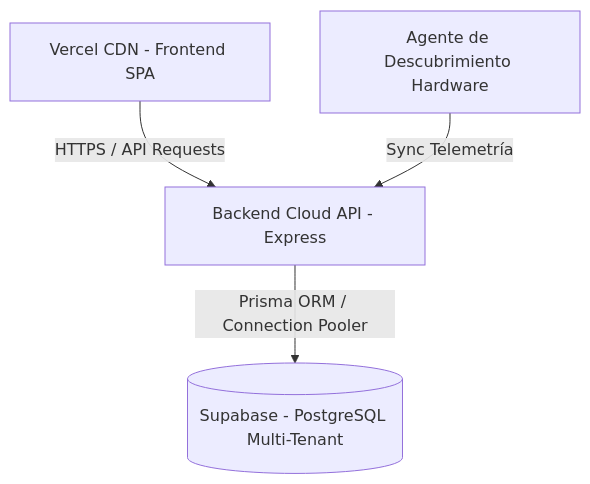
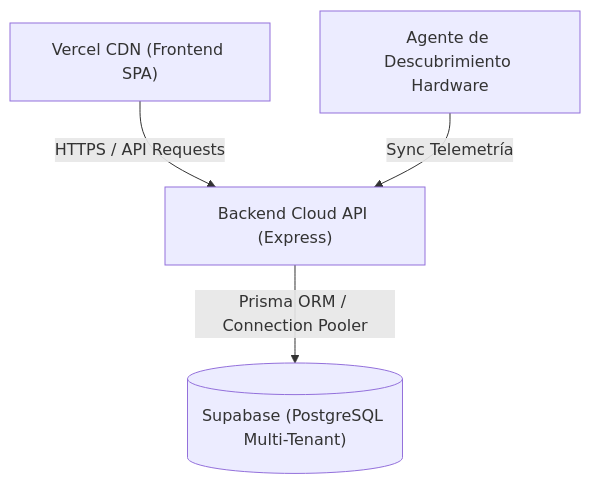
Before and after one commit to Jor3Leon/Mesa_de_ayuda: the diagram in README.md, drawn with Mermaid.

Commit message:
docs: fix Mermaid diagram syntax in README for GitHub renderer

````diff
--- a/README.md
+++ b/README.md
@@ -23,6 +23,6 @@
 ```mermaid
-graph TD
-    A[Vercel CDN - Frontend SPA] -->|HTTPS / API Requests| B[Backend Cloud API - Express]
-    B -->|Prisma ORM / Connection Pooler| C[(Supabase - PostgreSQL Multi-Tenant)]
-    D[Agente de Descubrimiento Hardware] -->|Sync Telemetría| B
+flowchart TD
+    A["Vercel CDN (Frontend SPA)"] -->|"HTTPS / API Requests"| B["Backend Cloud API (Express)"]
+    B -->|"Prisma ORM / Connection Pooler"| C[("Supabase (PostgreSQL Multi-Tenant)")]
+    D["Agente de Descubrimiento Hardware"] -->|"Sync Telemetría"| B
 ```
````
